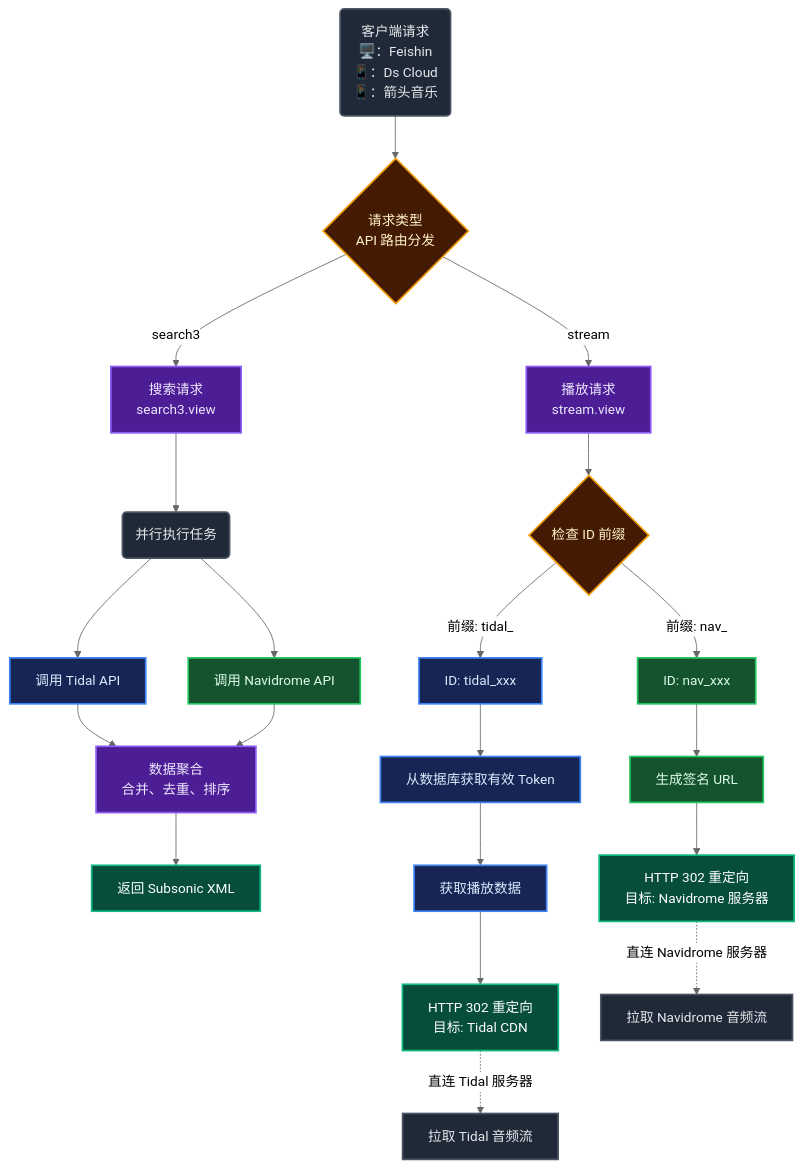
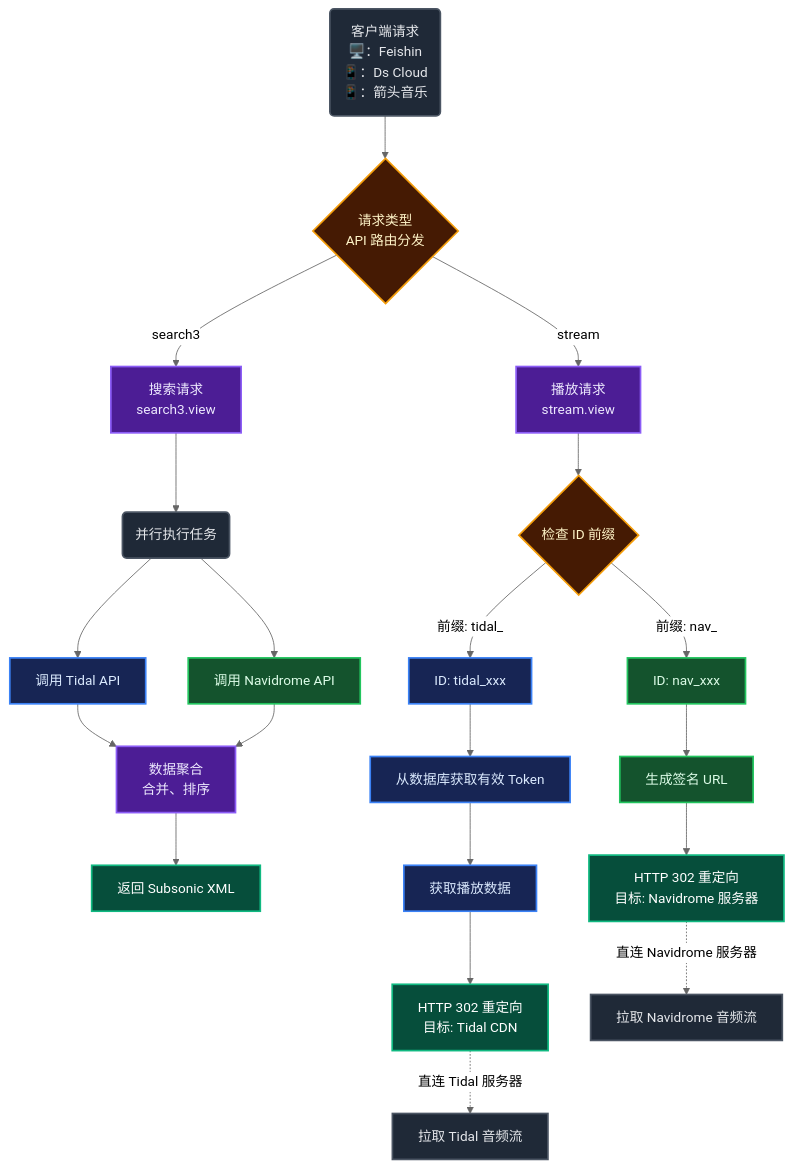
Before and after one commit to sky8282/Tidal-Navidrome-Bridge: the diagram in README.md, drawn with Mermaid (neutral theme).

````diff
--- a/README.md
+++ b/README.md
@@ -79,68 +79,68 @@
 ```mermaid
 graph TD
     %% 定义样式
     classDef base fill:#1f2937,stroke:#4b5563,color:#e5e7eb,stroke-width:2px;
     classDef tidal fill:#172554,stroke:#3b82f6,color:#dbeafe,stroke-width:2px;
     classDef nav fill:#14532d,stroke:#22c55e,color:#dcfce7,stroke-width:2px;
     classDef decision fill:#451a03,stroke:#f59e0b,color:#fef3c7,stroke-width:2px;
     classDef success fill:#064e3b,stroke:#10b981,color:white,stroke-width:2px;
     classDef action fill:#4c1d95,stroke:#8b5cf6,color:#ede9fe,stroke-width:2px;
 
     %% 节点定义
     Start("客户端请求 <br/>🖥️：Feishin <br/>📱：Ds Cloud <br/>📱：箭头音乐"):::base
     Router{"请求类型 <br/> API 路由分发"}:::decision
     
     %% --- 搜索流程 ---
     SearchNode["搜索请求 <br/> search3.view"]:::action
     ParNode("并行执行任务"):::base
     
     TidalSearch["调用 Tidal API"]:::tidal
     NavSearch["调用 Navidrome API"]:::nav
     
-    MergeNode["数据聚合 <br/> 合并、去重、排序"]:::action
+    MergeNode["数据聚合 <br/> 合并、排序"]:::action
     RespXML["返回 Subsonic XML"]:::success
 
     %% --- 播放流程 ---
     PlayNode["播放请求 <br/> stream.view"]:::action
     IDCheck{"检查 ID 前缀"}:::decision
     
     %% Tidal 分支
     TidalPath["ID: tidal_xxx"]:::tidal
     GetToken["从数据库获取有效 Token "]:::tidal
     GetManifest["获取播放数据"]:::tidal
     RedirectTidal["HTTP 302 重定向 <br/> 目标: Tidal CDN"]:::success
     
     %% Navidrome 分支 (已修正)
     NavPath["ID: nav_xxx"]:::nav
     GenSignedURL["生成签名 URL"]:::nav
     RedirectNav["HTTP 302 重定向 <br/> 目标: Navidrome 服务器"]:::success
 
     %% 连接线关系
     Start --> Router
     
     %% 搜索逻辑
     Router --"search3"--> SearchNode
     SearchNode --> ParNode
     ParNode --> TidalSearch
     ParNode --> NavSearch
     TidalSearch --> MergeNode
     NavSearch --> MergeNode
     MergeNode --> RespXML
     
     %% 播放逻辑
     Router --"stream"--> PlayNode
     PlayNode --> IDCheck
     
     %% Tidal 路径
     IDCheck --"前缀: tidal_"--> TidalPath
     TidalPath --> GetToken
     GetToken --> GetManifest
     GetManifest --> RedirectTidal
     RedirectTidal -.->|直连 Tidal 服务器| Client1["拉取 Tidal 音频流"]:::base
 
     %% Navidrome 路径
     IDCheck --"前缀: nav_"--> NavPath
     NavPath --> GenSignedURL
     GenSignedURL --> RedirectNav
     RedirectNav -.->|直连 Navidrome 服务器| Client2["拉取 Navidrome 音频流"]:::base
 ```
````
